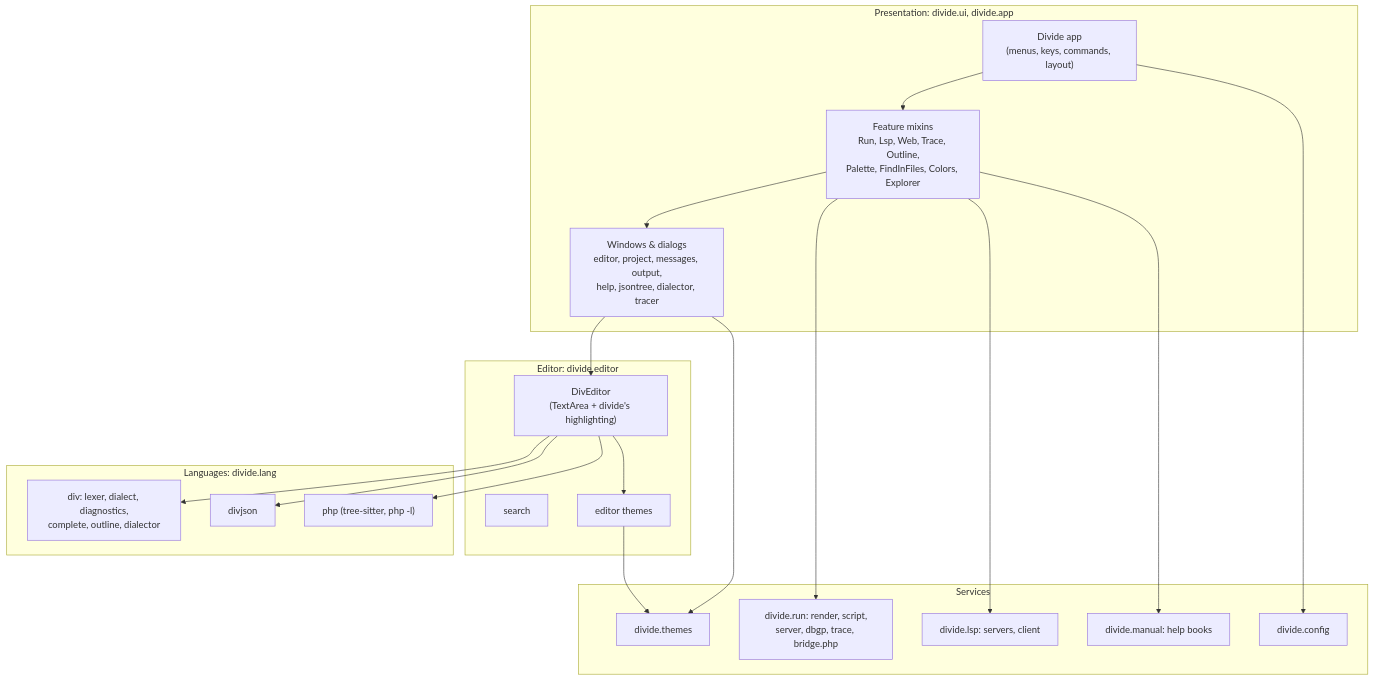
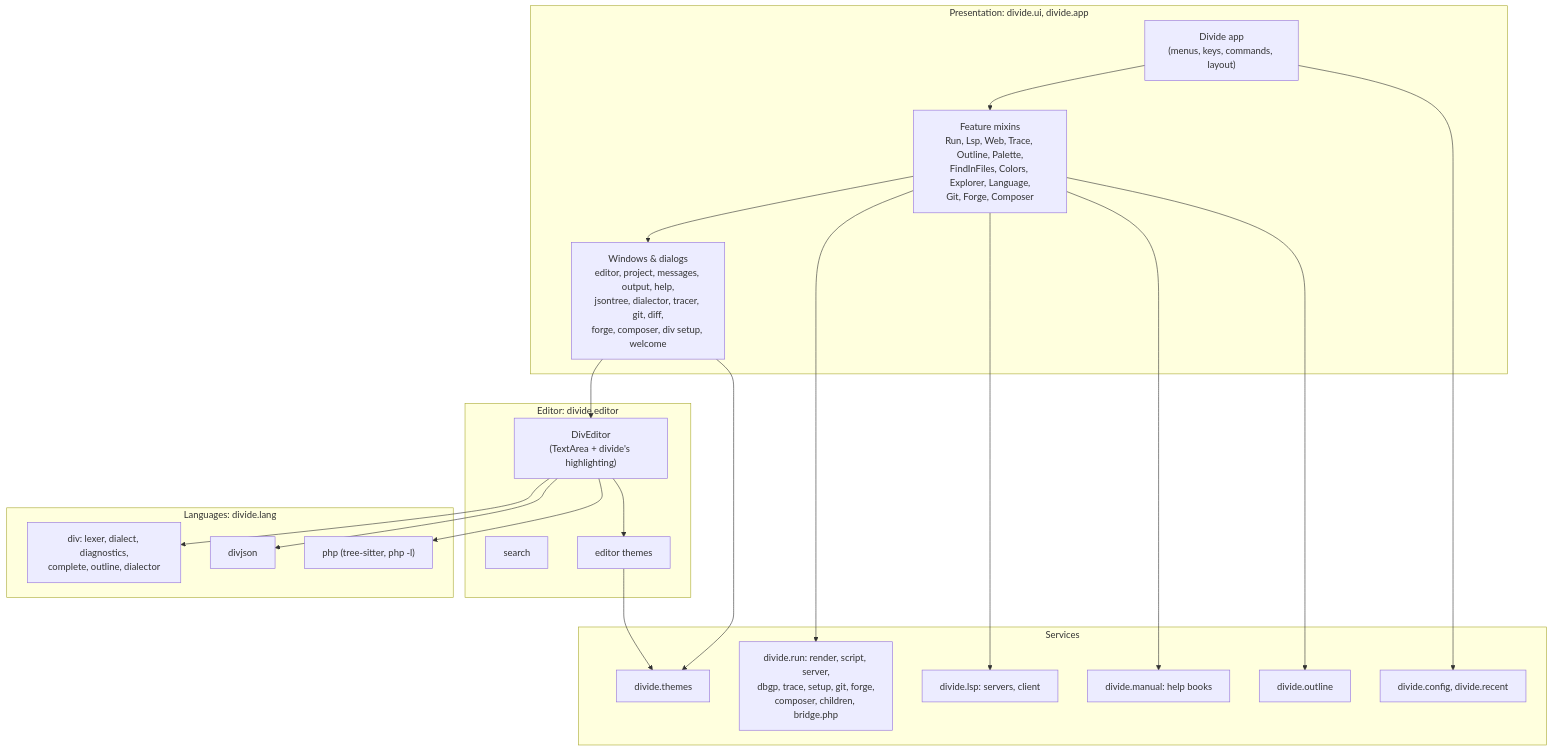
One commit to divengine/divide changed the first of 3 diagrams in docs/software-architecture.md. Above: the diagram before and after it, drawn with Mermaid. The commit also changed other lines of this file and 13 other files, not shown here.

````diff
--- a/docs/software-architecture.md
+++ b/docs/software-architecture.md
@@ -45,32 +47,33 @@
 ```mermaid
 flowchart TB
     subgraph Presentation["Presentation: divide.ui, divide.app"]
         App["Divide app<br/>(menus, keys, commands, layout)"]
-        Mixins["Feature mixins<br/>Run, Lsp, Web, Trace, Outline,<br/>Palette, FindInFiles, Colors, Explorer"]
-        Windows["Windows & dialogs<br/>editor, project, messages, output,<br/>help, jsontree, dialector, tracer"]
+        Mixins["Feature mixins<br/>Run, Lsp, Web, Trace, Outline, Palette,<br/>FindInFiles, Colors, Explorer, Language,<br/>Git, Forge, Composer"]
+        Windows["Windows & dialogs<br/>editor, project, messages, output, help,<br/>jsontree, dialector, tracer, git, diff,<br/>forge, composer, div setup, welcome"]
     end
     subgraph Editor["Editor: divide.editor"]
         DivEditor["DivEditor<br/>(TextArea + divide's highlighting)"]
         Search["search"]
         ETheme["editor themes"]
     end
     subgraph Languages["Languages: divide.lang"]
         Div["div: lexer, dialect, diagnostics,<br/>complete, outline, dialector"]
         DivJson["divjson"]
         Php["php (tree-sitter, php -l)"]
     end
     subgraph Services["Services"]
-        Run["divide.run: render, script,<br/>server, dbgp, trace, bridge.php"]
+        Run["divide.run: render, script, server,<br/>dbgp, trace, setup, git, forge,<br/>composer, children, bridge.php"]
+        Outline["divide.outline"]
         Lsp["divide.lsp: servers, client"]
         Manual["divide.manual: help books"]
         Themes["divide.themes"]
-        Config["divide.config"]
+        Config["divide.config, divide.recent"]
     end
     App --> Mixins --> Windows
     Windows --> DivEditor
-    Mixins --> Run & Lsp & Manual
+    Mixins --> Run & Lsp & Manual & Outline
     DivEditor --> Div & DivJson & Php & ETheme
     ETheme --> Themes
     Windows --> Themes
     App --> Config
 ```
````
